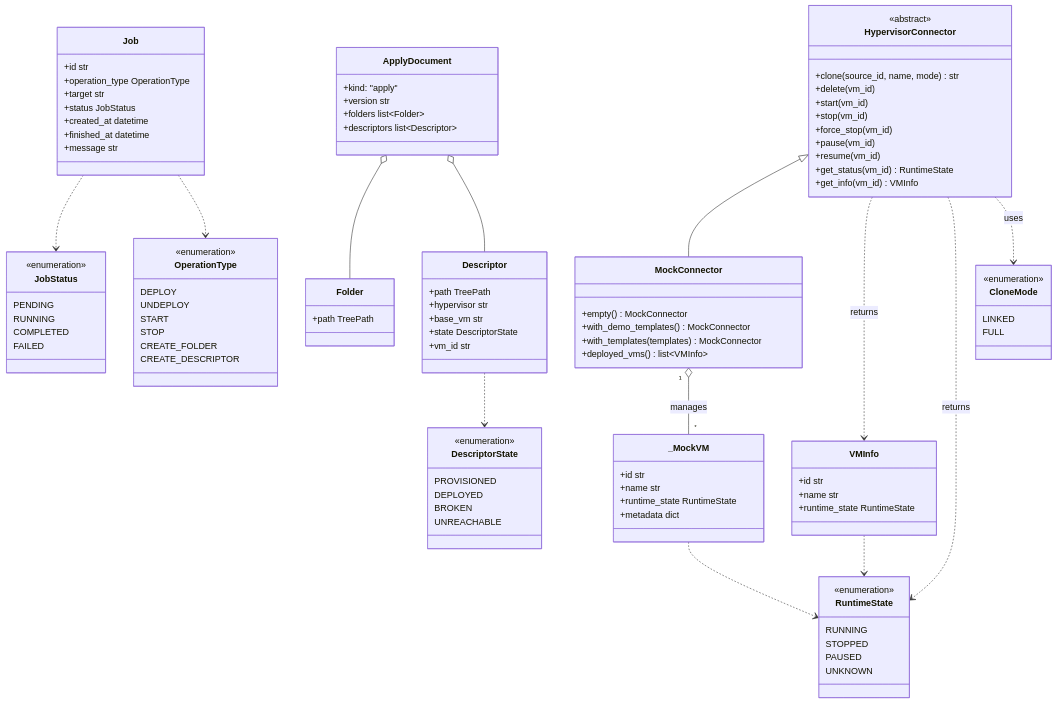
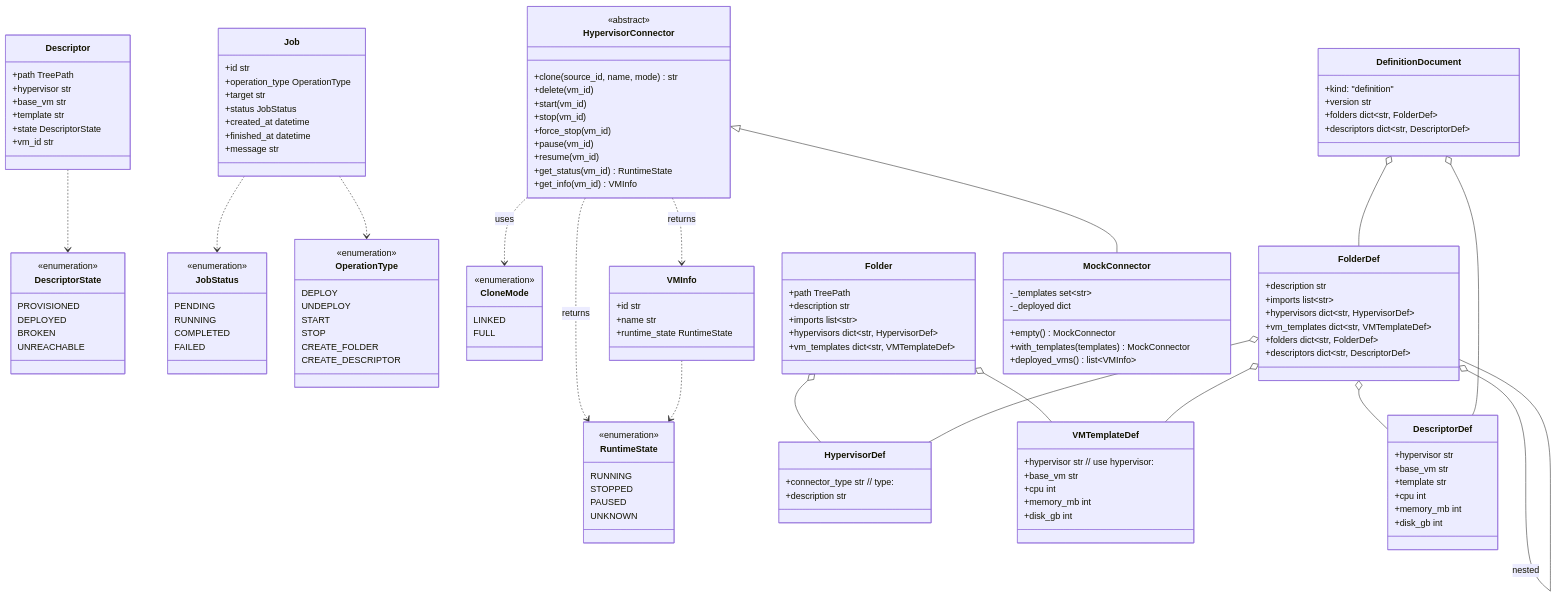
Before and after one commit to clamaveruma/univorch: the fifth of 6 diagrams in docs/diagrams.md, drawn with Mermaid. The commit also changed other lines of this file and 14 other files, not shown here.

First line of the commit message:
docs/memoria: integrar 9 diagramas Mermaid en el capitulo 4

````diff
--- a/docs/diagrams.md
+++ b/docs/diagrams.md
@@ -238,13 +272,51 @@
 
     class Folder {
         +path TreePath
+        +description str
+        +imports list~str~
+        +hypervisors dict~str, HypervisorDef~
+        +vm_templates dict~str, VMTemplateDef~
     }
     class Descriptor {
         +path TreePath
         +hypervisor str
         +base_vm str
+        +template str
         +state DescriptorState
         +vm_id str
+    }
+    class HypervisorDef {
+        +connector_type str  // type:
+        +description str
+    }
+    class VMTemplateDef {
+        +hypervisor str  // use hypervisor:
+        +base_vm str
+        +cpu int
+        +memory_mb int
+        +disk_gb int
+    }
+    class FolderDef {
+        +description str
+        +imports list~str~
+        +hypervisors dict~str, HypervisorDef~
+        +vm_templates dict~str, VMTemplateDef~
+        +folders dict~str, FolderDef~
+        +descriptors dict~str, DescriptorDef~
+    }
+    class DescriptorDef {
+        +hypervisor str
+        +base_vm str
+        +template str
+        +cpu int
+        +memory_mb int
+        +disk_gb int
+    }
+    class DefinitionDocument {
+        +kind: "definition"
+        +version str
+        +folders dict~str, FolderDef~
+        +descriptors dict~str, DescriptorDef~
     }
     class Job {
         +id str
@@ -254,12 +326,6 @@
         +created_at datetime
         +finished_at datetime
         +message str
-    }
-    class ApplyDocument {
-        +kind: "apply"
-        +version str
-        +folders list~Folder~
-        +descriptors list~Descriptor~
     }
 
     class VMInfo {
@@ -280,28 +346,27 @@
         +get_info(vm_id) VMInfo
     }
     class MockConnector {
+        -_templates set~str~
+        -_deployed dict
         +empty() MockConnector
-        +with_demo_templates() MockConnector
         +with_templates(templates) MockConnector
         +deployed_vms() list~VMInfo~
-    }
-    class _MockVM {
-        +id str
-        +name str
-        +runtime_state RuntimeState
-        +metadata dict
     }
 
     Descriptor ..> DescriptorState
     Job ..> JobStatus
     Job ..> OperationType
-    ApplyDocument o-- Folder
-    ApplyDocument o-- Descriptor
+    Folder o-- HypervisorDef
+    Folder o-- VMTemplateDef
+    FolderDef o-- HypervisorDef
+    FolderDef o-- VMTemplateDef
+    FolderDef o-- DescriptorDef
+    FolderDef o-- FolderDef : nested
+    DefinitionDocument o-- FolderDef
+    DefinitionDocument o-- DescriptorDef
     HypervisorConnector <|-- MockConnector
-    MockConnector "1" o-- "*" _MockVM : manages
     HypervisorConnector ..> VMInfo : returns
     HypervisorConnector ..> RuntimeState : returns
     HypervisorConnector ..> CloneMode : uses
     VMInfo ..> RuntimeState
-    _MockVM ..> RuntimeState
 ```
````
